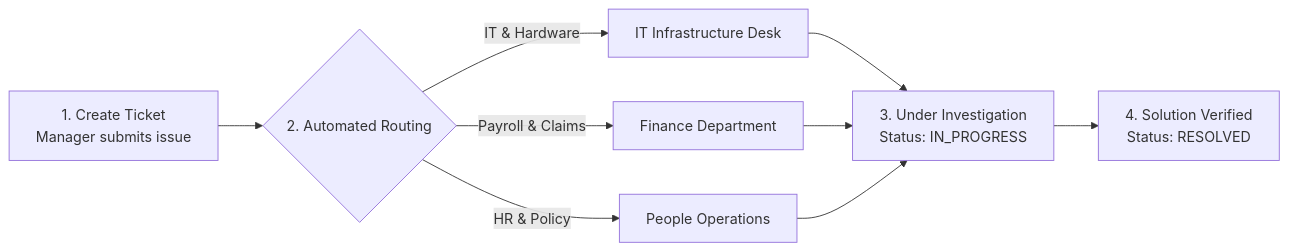
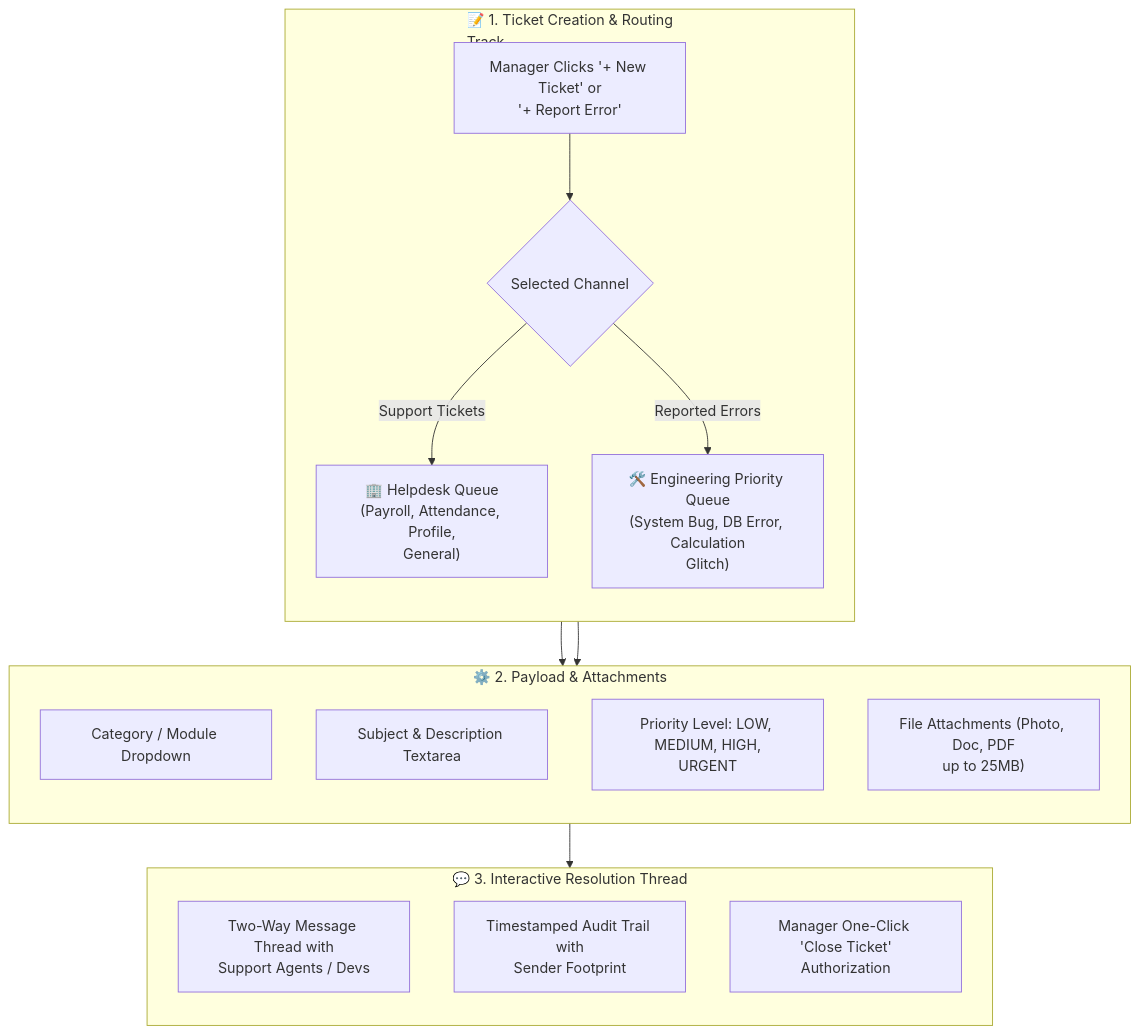
Before and after one commit to SRJ-GROUP/hubnest_user_guide: the first of 2 diagrams in docs/hrms-manager/support.md, drawn with Mermaid. The commit also changed other lines of this file and 161 other files, not shown here.

Commit message:
feat: complete HubMeet suite, supervisor portal docs, diagram fixes, and interactive eye-button zoom modal

````diff
--- a/docs/hrms-manager/support.md
+++ b/docs/hrms-manager/support.md
@@ -22,11 +24,30 @@
 ```mermaid
-graph LR
-    Create["1. Create Ticket<br/>Manager submits issue"] --> Route{"2. Automated Routing"}
-    Route -->|IT & Hardware| IT["IT Infrastructure Desk"]
-    Route -->|Payroll & Claims| Fin["Finance Department"]
-    Route -->|HR & Policy| HR["People Operations"]
-    IT --> InProgress["3. Under Investigation<br/>Status: IN_PROGRESS"]
-    Fin --> InProgress
-    HR --> InProgress
-    InProgress --> Resolved["4. Solution Verified<br/>Status: RESOLVED"]
+graph TB
+    subgraph Initiation["📝 1. Ticket Creation & Routing<br/>Track"]
+        direction TB
+        M1["Manager Clicks '+ New Ticket' or<br/>'+ Report Error'"]
+        M2{"Selected Channel"}
+        M1 --> M2
+        M2 -->|Support Tickets| Q1["🏢 Helpdesk Queue<br/>(Payroll, Attendance, Profile,<br/>General)"]
+        M2 -->|Reported Errors| Q2["🛠️ Engineering Priority Queue<br/>(System Bug, DB Error, Calculation<br/>Glitch)"]
+    end
+
+    subgraph Details["⚙️ 2. Payload & Attachments"]
+        direction TB
+        P1["Category / Module Dropdown"]
+        P2["Subject & Description Textarea"]
+        P3["Priority Level: LOW, MEDIUM, HIGH,<br/>URGENT"]
+        P4["File Attachments (Photo, Doc, PDF<br/>up to 25MB)"]
+    end
+
+    subgraph Resolution["💬 3. Interactive Resolution Thread"]
+        direction TB
+        R1["Two-Way Message Thread with<br/>Support Agents / Devs"]
+        R2["Timestamped Audit Trail with<br/>Sender Footprint"]
+        R3["Manager One-Click 'Close Ticket'<br/>Authorization"]
+    end
+
+    Q1 --> Details
+    Q2 --> Details
+    Details --> Resolution
 ```
````
